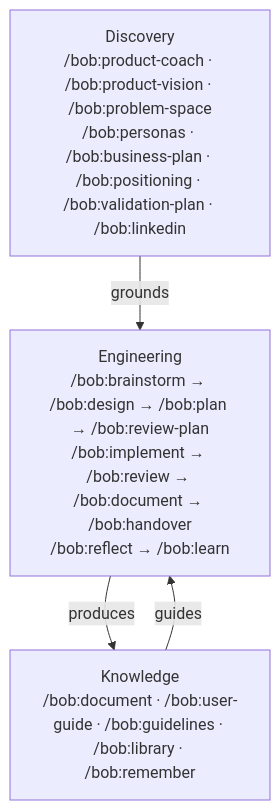
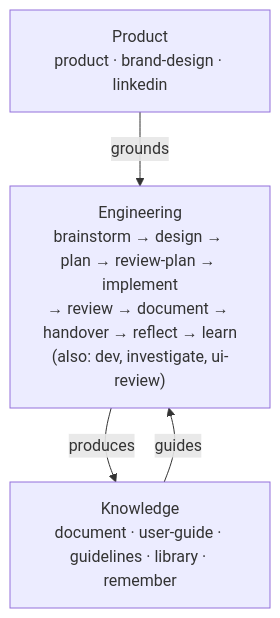
One commit to bofrese/bob changed the diagram in README.md. Above: the diagram before and after it, drawn with Mermaid. The commit also changed other lines of this file and 12 other files, not shown here.

````diff
--- a/README.md
+++ b/README.md
@@ -56,10 +60,10 @@
 ```mermaid
 graph TD
-    D["Discovery<br/>/bob:product-coach · /bob:product-vision · /bob:problem-space<br/>/bob:personas · /bob:business-plan · /bob:positioning · /bob:validation-plan · /bob:linkedin"]
-    E["Engineering<br/>/bob:brainstorm → /bob:design → /bob:plan → /bob:review-plan<br/>/bob:implement → /bob:review → /bob:document → /bob:handover<br/>/bob:reflect → /bob:learn"]
-    K["Knowledge<br/>/bob:document · /bob:user-guide · /bob:guidelines · /bob:library · /bob:remember"]
+    D["Product<br/>product · brand-design · linkedin"]
+    E["Engineering<br/>brainstorm → design → plan → review-plan → implement<br/>→ review → document → handover → reflect → learn<br/>(also: dev, investigate, ui-review)"]
+    K["Knowledge<br/>document · user-guide · guidelines · library · remember"]
 
     D -->|grounds| E
     E -->|produces| K
     K -->|guides| E
 ```
````
